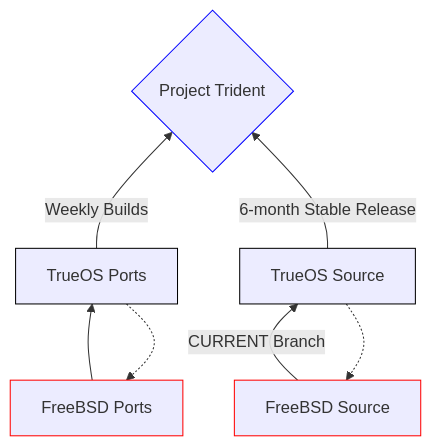
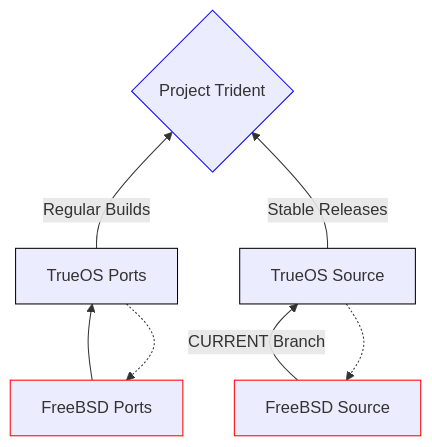
One commit to project-trident/trident-website changed the diagram in hugo-site/content/information/heritage.md. Above: the diagram before and after it, drawn with Mermaid. The commit also changed other lines of this file and 4 other files, not shown here.

```diff
--- a/hugo-site/content/information/heritage.md
+++ b/hugo-site/content/information/heritage.md
@@ -15,14 +15,14 @@
 {{< mermaid >}}
 graph BT
 A[FreeBSD Ports] --> C[TrueOS Ports]
-C -->|Weekly Builds| E{Project Trident}
+C -->|Regular Builds| E{Project Trident}
 B[FreeBSD Source] -->|CURRENT Branch| D[TrueOS Source]
-D -->|6-month Stable Release| E
+D -->|Stable Releases| E
 C -.-> A
 D -.-> B
 style A stroke:red
 style B stroke:red
 style C stroke:black
 style D stroke:black
 style E stroke:blue
 {{< /mermaid >}}
```
